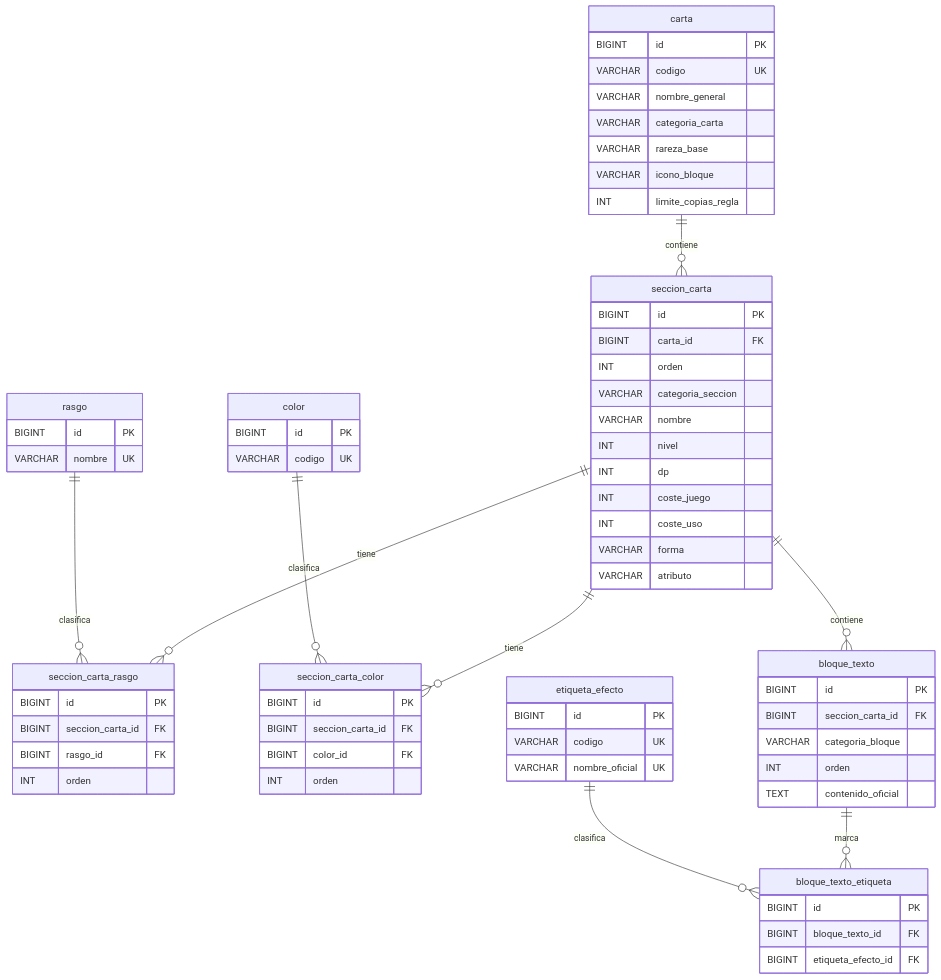
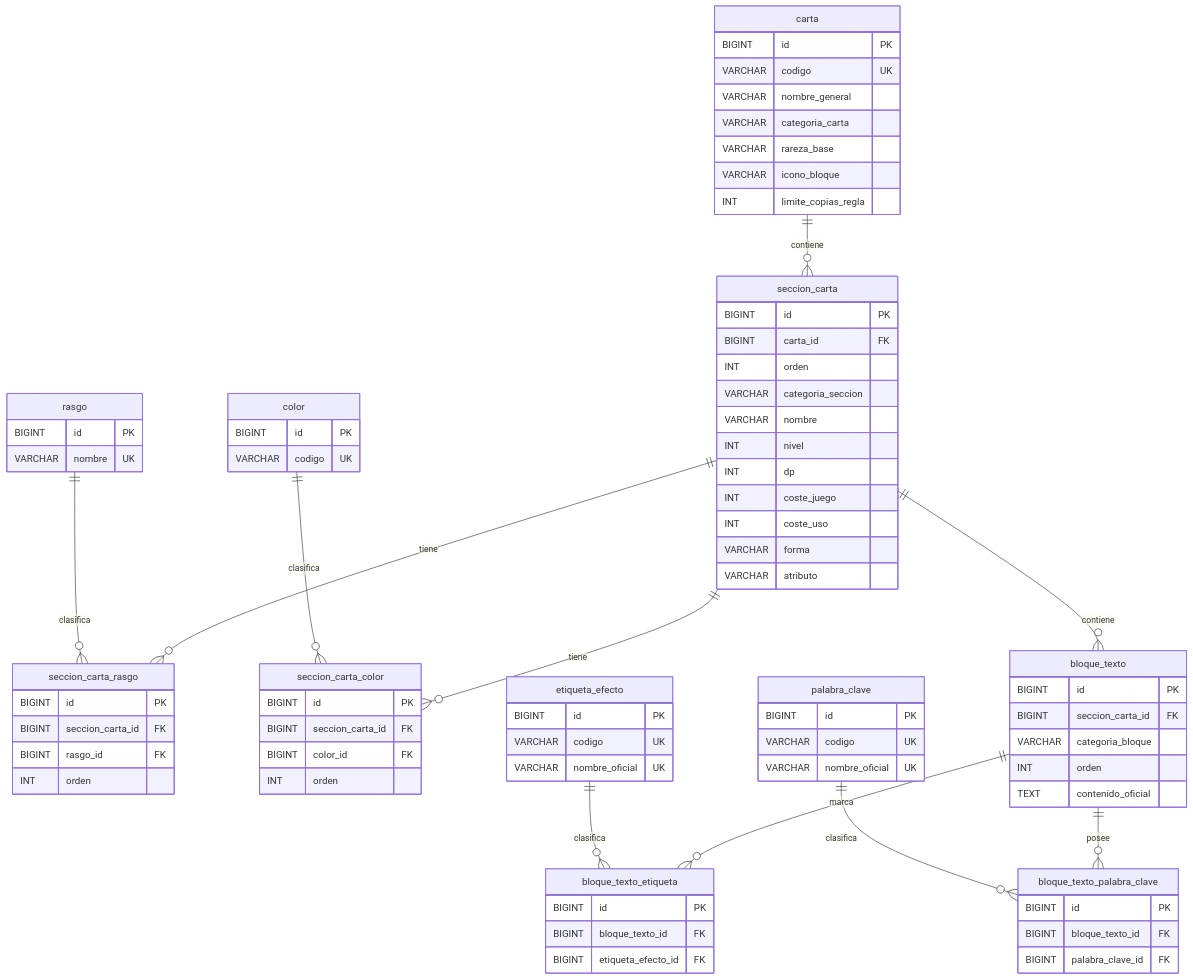
The diagram in README.md (JotillaFT/PaginaTCG), drawn with Mermaid before and after one commit. The commit also changed other lines of this file and 16 other files, not shown here.

````diff
--- a/README.md
+++ b/README.md
@@ -305,6 +315,18 @@
         BIGINT etiqueta_efecto_id FK
     }
 
+    palabra_clave {
+        BIGINT id PK
+        VARCHAR codigo UK
+        VARCHAR nombre_oficial UK
+    }
+
+    bloque_texto_palabra_clave {
+        BIGINT id PK
+        BIGINT bloque_texto_id FK
+        BIGINT palabra_clave_id FK
+    }
+
     carta ||--o{ seccion_carta : contiene
     seccion_carta ||--o{ seccion_carta_rasgo : tiene
     rasgo ||--o{ seccion_carta_rasgo : clasifica
@@ -313,4 +335,6 @@
     seccion_carta ||--o{ bloque_texto : contiene
     bloque_texto ||--o{ bloque_texto_etiqueta : marca
     etiqueta_efecto ||--o{ bloque_texto_etiqueta : clasifica
+    bloque_texto ||--o{ bloque_texto_palabra_clave : posee
+    palabra_clave ||--o{ bloque_texto_palabra_clave : clasifica
 ```
````
